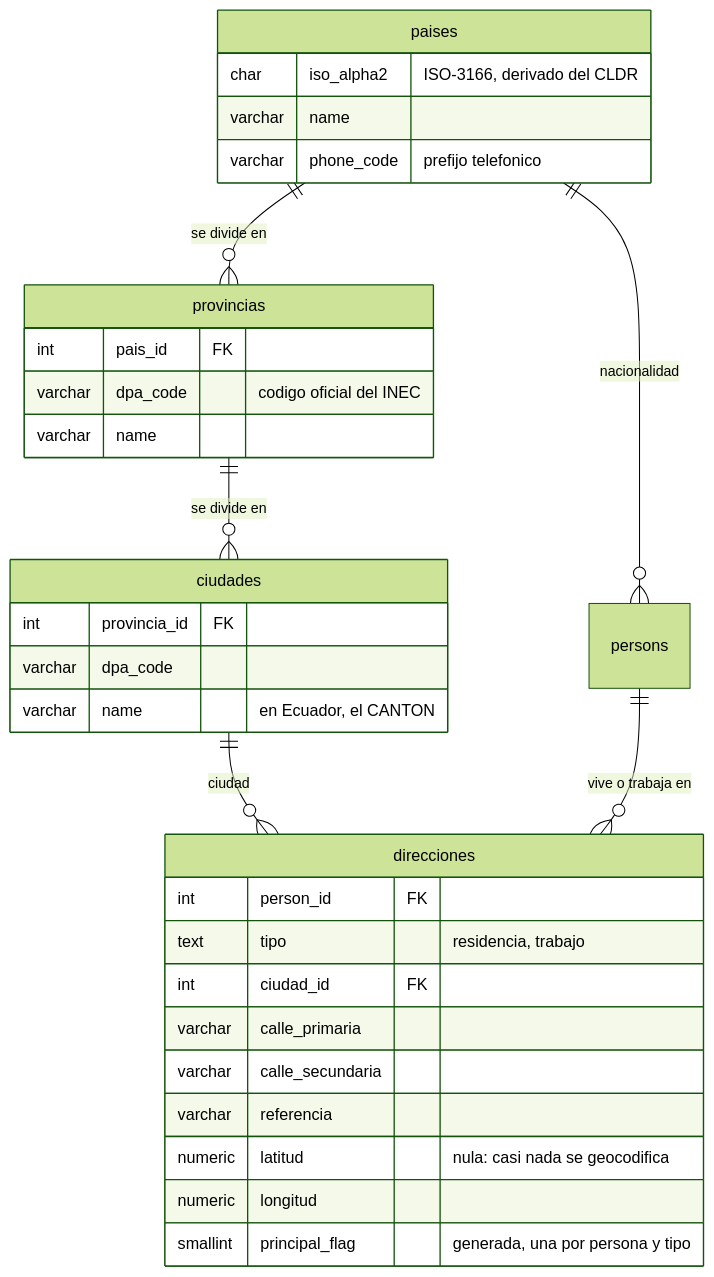
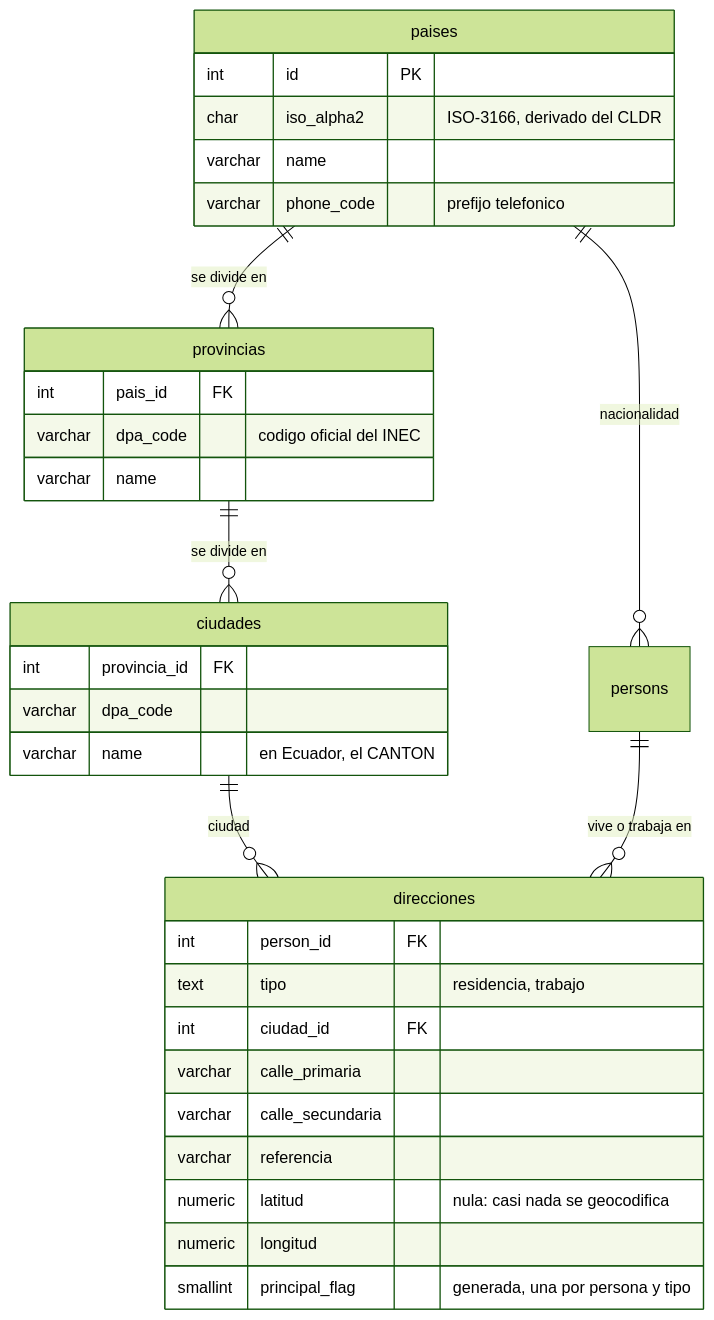
One commit to fresvel/deasy changed the third of 4 diagrams in docs/src/content/docs/modelo/organizacion.md. Above: the diagram before and after it, drawn with Mermaid (forest theme). The commit also changed 4 other files, not shown here.

First line of the commit message:
docs(expediente): arregla los diagramas incoherentes, y pone la puerta que faltaba

````diff
--- a/docs/src/content/docs/modelo/organizacion.md
+++ b/docs/src/content/docs/modelo/organizacion.md
@@ -475,35 +475,36 @@
 ```mermaid
 erDiagram
   paises ||--o{ provincias : "se divide en"
   provincias ||--o{ ciudades : "se divide en"
   ciudades ||--o{ direcciones : "ciudad"
   persons ||--o{ direcciones : "vive o trabaja en"
   paises ||--o{ persons : "nacionalidad"
 
   direcciones {
     int person_id FK
     text tipo "residencia, trabajo"
     int ciudad_id FK
     varchar calle_primaria
     varchar calle_secundaria
     varchar referencia
     numeric latitud "nula: casi nada se geocodifica"
     numeric longitud
     smallint principal_flag "generada, una por persona y tipo"
   }
   paises {
+    int id PK
     char iso_alpha2 "ISO-3166, derivado del CLDR"
     varchar name
     varchar phone_code "prefijo telefonico"
   }
   provincias {
     int pais_id FK
     varchar dpa_code "codigo oficial del INEC"
     varchar name
   }
   ciudades {
     int provincia_id FK
     varchar dpa_code
     varchar name "en Ecuador, el CANTON"
   }
 ```
````
